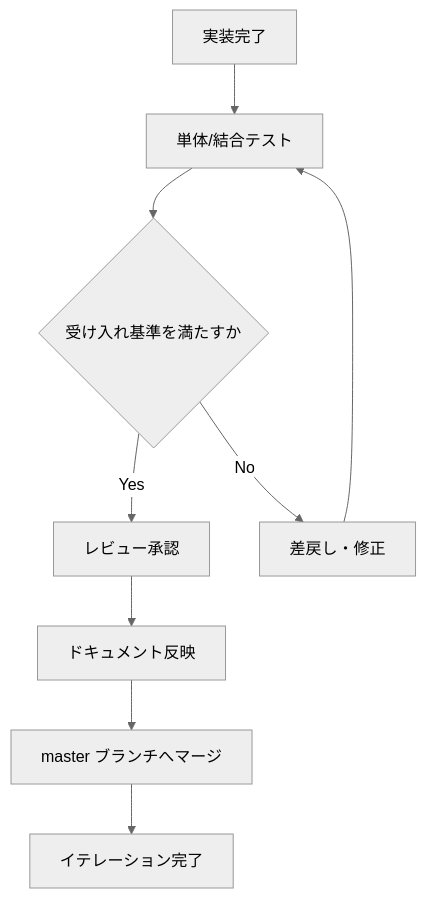
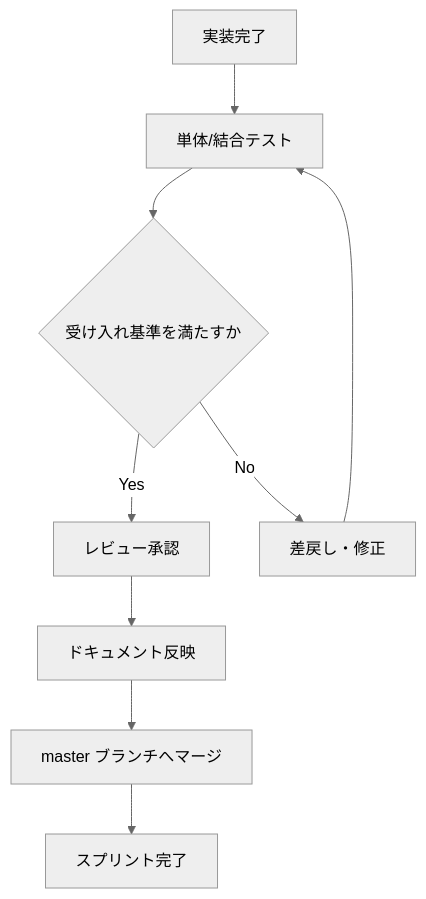
Before and after one commit to BossApe/lo-vibe: the diagram in _document/001.提案・要求仕様フェーズ/003.要求仕様共通/003-03.受け入れ基準.md, drawn with Mermaid (neutral theme). The commit also changed other lines of this file and 43 other files, not shown here.

````diff
--- a/_document/001.提案・要求仕様フェーズ/003.要求仕様共通/003-03.受け入れ基準.md
+++ b/_document/001.提案・要求仕様フェーズ/003.要求仕様共通/003-03.受け入れ基準.md
@@ -68,11 +68,11 @@
 ```mermaid
 flowchart TD
     A[実装完了] --> B[単体/結合テスト]
     B --> C{受け入れ基準を満たすか}
     C -- Yes --> D[レビュー承認]
     D --> E[ドキュメント反映]
     E --> F[master ブランチへマージ]
-    F --> H[イテレーション完了]
+    F --> H[スプリント完了]
     C -- No --> G[差戻し・修正]
     G --> B
 ```
````
